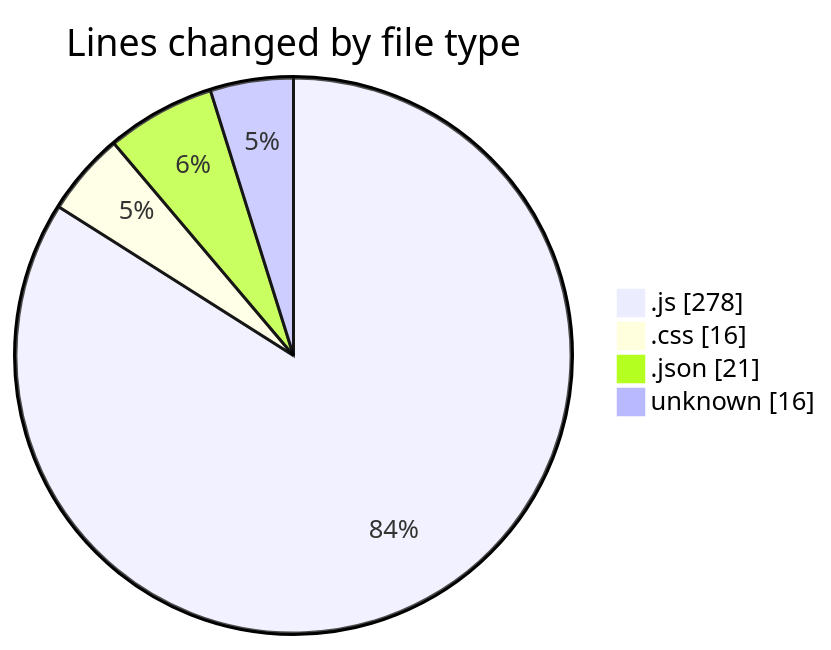
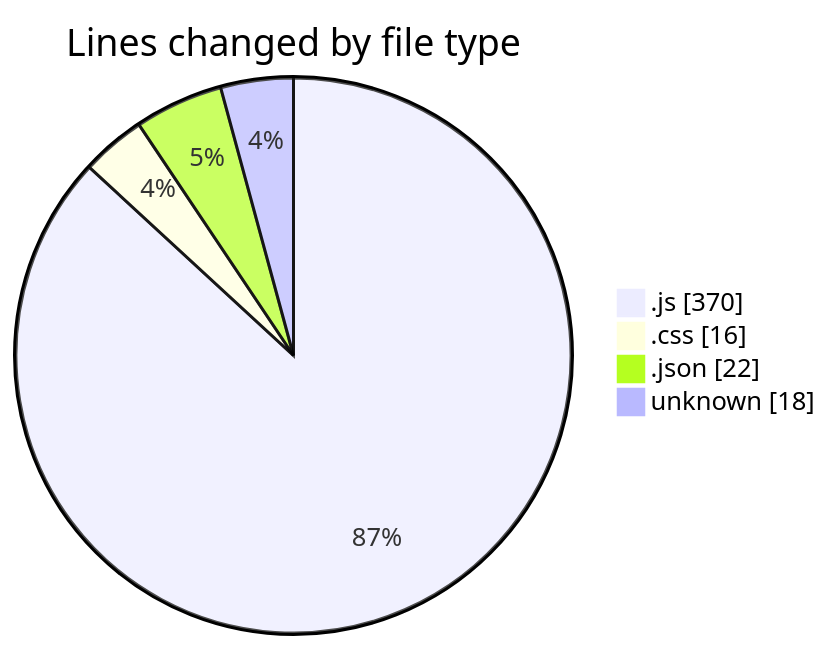
Before and after one commit to lephambinh05/code-tracking: the first of 2 diagrams in 2025-09-17/quytuthien_vn/README.md, drawn with Mermaid. The commit also changed other lines of this file and 1 other file, not shown here.

````diff
--- a/2025-09-17/quytuthien_vn/README.md
+++ b/2025-09-17/quytuthien_vn/README.md
@@ -29,8 +30,8 @@
 ```mermaid
 pie showData
 title Lines changed by file type
-".js" : 278
+".js" : 370
 ".css" : 16
-".json" : 21
-"unknown" : 16
+".json" : 22
+"unknown" : 18
 ```
````
